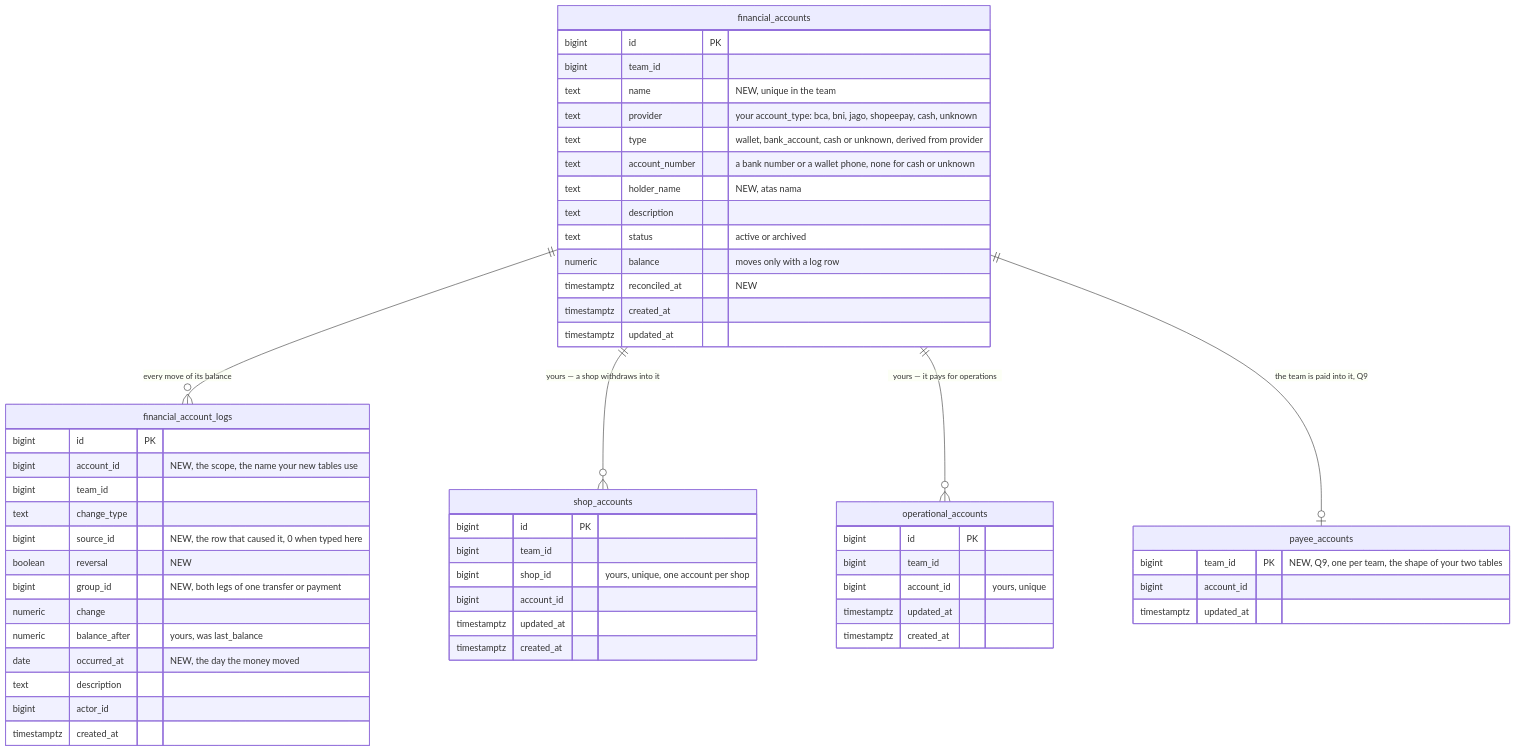
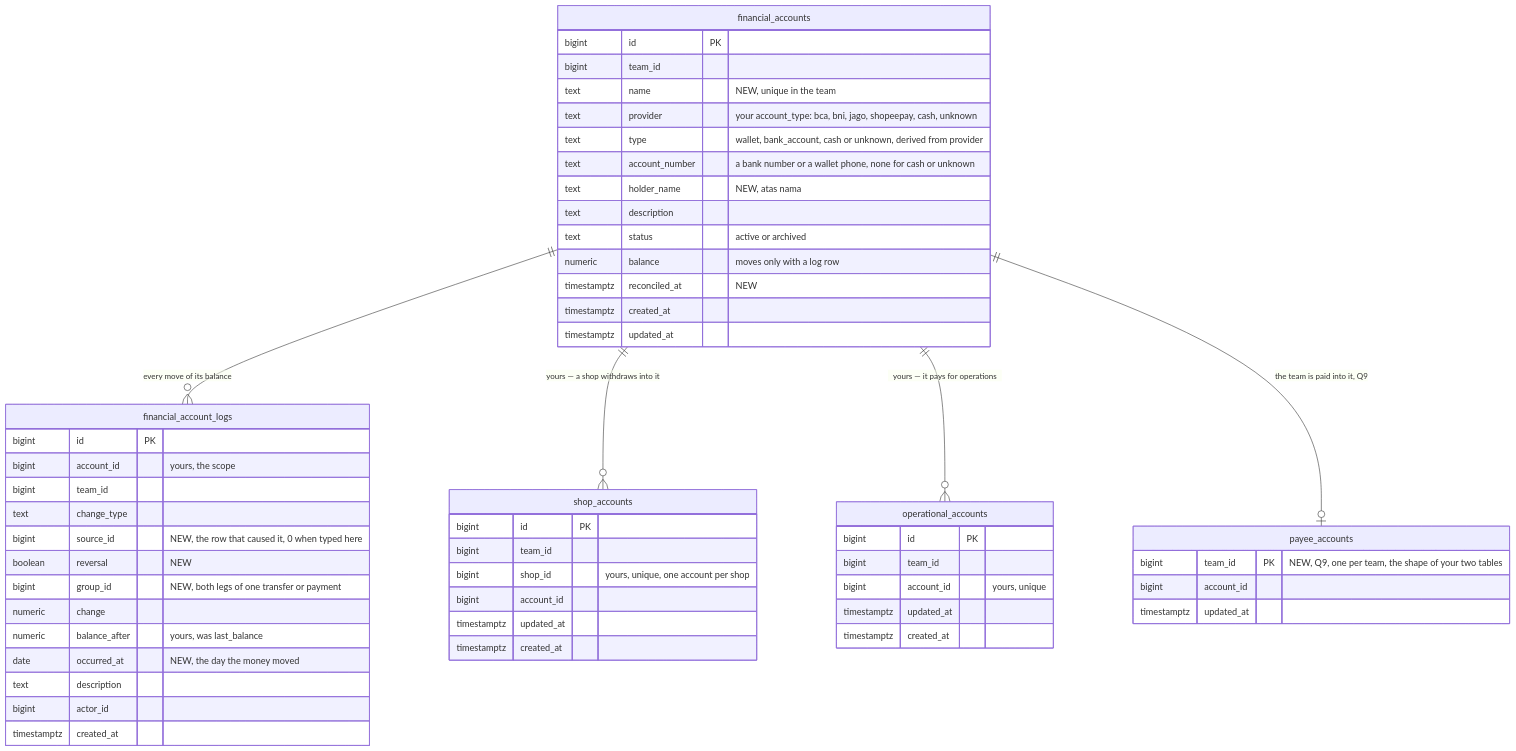
Before and after one commit to pdcgo/warehouse_revamp: the fifth of 6 diagrams in docs/business/financial_account/context_clarify.md, drawn with Mermaid. The commit also changed other lines of this file and 3 other files, not shown here.

````diff
--- a/docs/business/financial_account/context_clarify.md
+++ b/docs/business/financial_account/context_clarify.md
@@ -231,57 +233,57 @@
 ```mermaid
 erDiagram
   financial_accounts ||--o{ financial_account_logs : "every move of its balance"
   financial_accounts ||--o{ shop_accounts : "yours — a shop withdraws into it"
   financial_accounts ||--o{ operational_accounts : "yours — it pays for operations"
   financial_accounts ||--o| payee_accounts : "the team is paid into it, Q9"
   financial_accounts {
     bigint id PK
     bigint team_id
     text name "NEW, unique in the team"
     text provider "your account_type: bca, bni, jago, shopeepay, cash, unknown"
     text type "wallet, bank_account, cash or unknown, derived from provider"
     text account_number "a bank number or a wallet phone, none for cash or unknown"
     text holder_name "NEW, atas nama"
     text description
     text status "active or archived"
     numeric balance "moves only with a log row"
     timestamptz reconciled_at "NEW"
     timestamptz created_at
     timestamptz updated_at
   }
   financial_account_logs {
     bigint id PK
-    bigint account_id "NEW, the scope, the name your new tables use"
+    bigint account_id "yours, the scope"
     bigint team_id
     text change_type
     bigint source_id "NEW, the row that caused it, 0 when typed here"
     boolean reversal "NEW"
     bigint group_id "NEW, both legs of one transfer or payment"
     numeric change
     numeric balance_after "yours, was last_balance"
     date occurred_at "NEW, the day the money moved"
     text description
     bigint actor_id
     timestamptz created_at
   }
   shop_accounts {
     bigint id PK
     bigint team_id
     bigint shop_id "yours, unique, one account per shop"
     bigint account_id
     timestamptz updated_at
     timestamptz created_at
   }
   operational_accounts {
     bigint id PK
     bigint team_id
     bigint account_id "yours, unique"
     timestamptz updated_at
     timestamptz created_at
   }
   payee_accounts {
     bigint team_id PK "NEW, Q9, one per team, the shape of your two tables"
     bigint account_id
     timestamptz updated_at
   }
 ```
````
